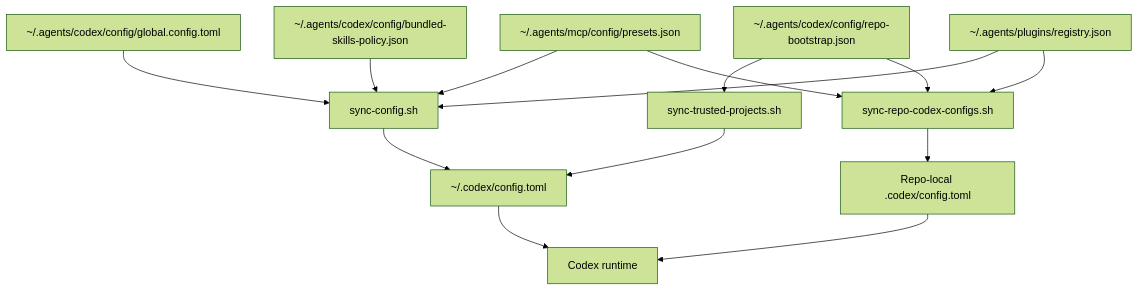
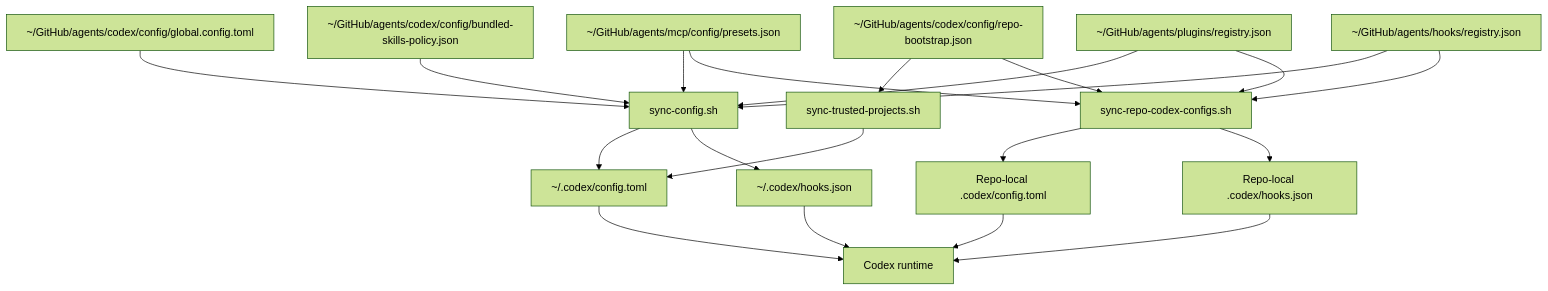
One commit to wisdom-in-a-nutshell/.agents changed the diagram in docs/architecture/codex-config-layers.md. Above: the diagram before and after it, drawn with Mermaid (forest theme). The commit also changed other lines of this file and 109 other files, not shown here.

````diff
--- a/docs/architecture/codex-config-layers.md
+++ b/docs/architecture/codex-config-layers.md
@@ -9,28 +9,37 @@
 ```mermaid
 flowchart TD
-    A[~/.agents/codex/config/global.config.toml]
-    C[~/.agents/codex/config/repo-bootstrap.json]
-    D[~/.agents/mcp/config/presets.json]
-    P[~/.agents/plugins/registry.json]
-    L[~/.agents/codex/config/bundled-skills-policy.json]
-    E[sync-trusted-projects.sh]
-    F[sync-repo-codex-configs.sh]
-    K[sync-config.sh]
-    G[~/.codex/config.toml]
-    I[Repo-local .codex/config.toml]
-    J[Codex runtime]
+    A["~/GitHub/agents/codex/config/global.config.toml"]
+    C["~/GitHub/agents/codex/config/repo-bootstrap.json"]
+    D["~/GitHub/agents/mcp/config/presets.json"]
+    P["~/GitHub/agents/plugins/registry.json"]
+    H["~/GitHub/agents/hooks/registry.json"]
+    L["~/GitHub/agents/codex/config/bundled-skills-policy.json"]
+    K["sync-config.sh"]
+    T["sync-trusted-projects.sh"]
+    R["sync-repo-codex-configs.sh"]
+    G["~/.codex/config.toml"]
+    J["~/.codex/hooks.json"]
+    I["Repo-local .codex/config.toml"]
+    Q["Repo-local .codex/hooks.json"]
+    Z["Codex runtime"]
 
     A --> K
     L --> K
-    C --> E
-    C --> F
     D --> K
-    D --> F
     P --> K
-    P --> F
+    H --> K
+    C --> T
+    C --> R
+    D --> R
+    P --> R
+    H --> R
     K --> G
-    E --> G
-    F --> I
-    G --> J
-    I --> J
+    K --> J
+    T --> G
+    R --> I
+    R --> Q
+    G --> Z
+    J --> Z
+    I --> Z
+    Q --> Z
 ```
````
